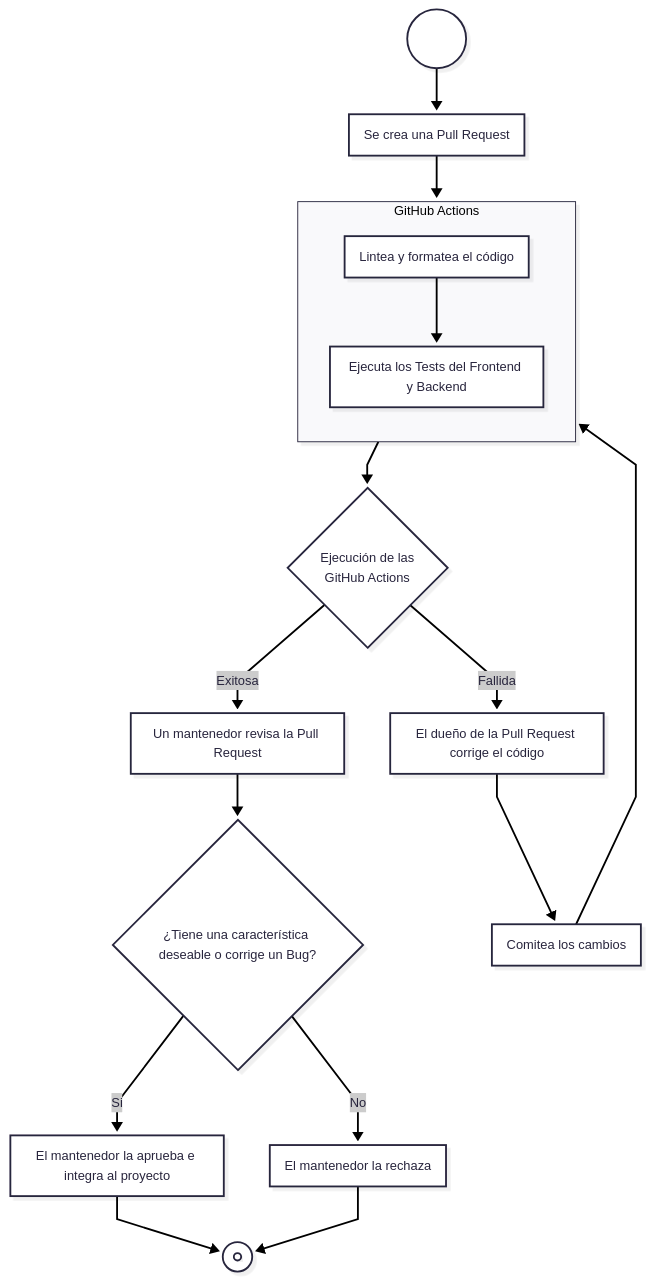
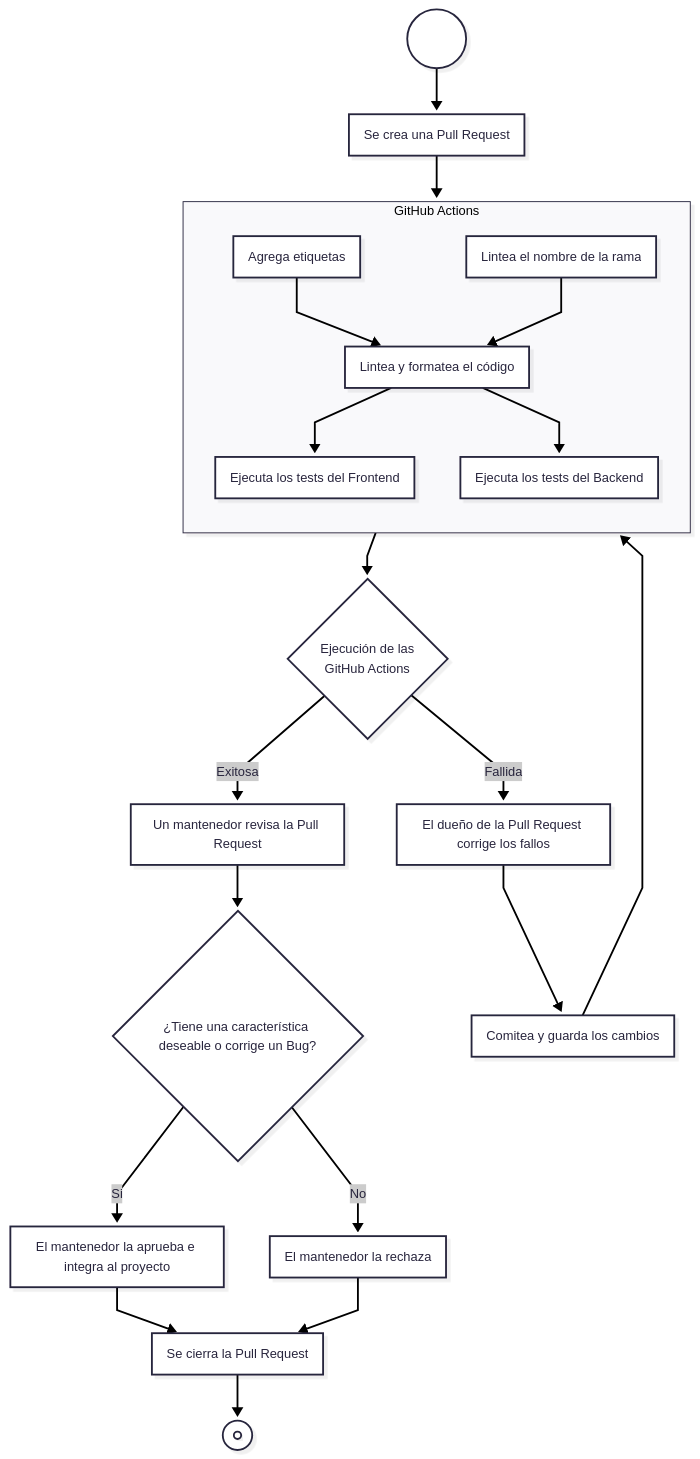
The diagram in CONTRIBUTING.md (hozlucas28/UNLaM-Calendar), drawn with Mermaid before and after one commit.

Commit message:
docs: update process diagram

````diff
--- a/CONTRIBUTING.md
+++ b/CONTRIBUTING.md
@@ -119,43 +119,49 @@
 ```mermaid
 ---
 config:
   look: neo
   theme: redux
   flowchart:
     curve: linear
     inheritDir: true
     htmlLabels: true
 ---
 
 flowchart
 	direction TB
 
 	Start[ ]@{ shape: circle }
 
-	Start --> CreateFork
-	CreateFork["Se crea una Pull Request"] --> RunCI
+	Start --> CreatePR
+	CreatePR["Se crea una Pull Request"] --> RunGHActions
 
-	subgraph RunCI["GitHub Actions"]
-		LintAndFormat["Lintea y formatea el código"] --> Tests
-		Tests["Ejecuta los Tests del Frontend y Backend"]
+	subgraph RunGHActions["GitHub Actions"]
+		AddLabel["Agrega etiquetas"] --> LintAndFormat
+		LintBranchName["Lintea el nombre de la rama"] --> LintAndFormat
+		LintAndFormat["Lintea y formatea el código"] --> RunFrontendTests
+		LintAndFormat["Lintea y formatea el código"] --> RunBackendTests
+		RunFrontendTests["Ejecuta los tests del Frontend"]
+		RunBackendTests["Ejecuta los tests del Backend"]
 	end
 
-	RunCI --> RunCIOutput
+	RunGHActions --> RunGHActionsOutput
 
-	RunCIOutput{"Ejecución de las <br />GitHub Actions"}
-	RunCIOutput -->|Exitosa| MaintainerReview
-	RunCIOutput -->|Fallida| OwnerFixCode
+	RunGHActionsOutput{"Ejecución de las <br />GitHub Actions"}
+	RunGHActionsOutput -->|Exitosa| MaintainerReviewPR
+	RunGHActionsOutput -->|Fallida| OwnerFixPR
 
-	MaintainerReview["Un mantenedor revisa la Pull Request"] --> HasDesirableFeatureOrBugFix
-	OwnerFixCode["El dueño de la Pull Request corrige el código"] --> CommitChanges
-	CommitChanges["Comitea los cambios"] --> RunCI
+	MaintainerReviewPR["Un mantenedor revisa la Pull Request"] --> PRHasDesirableFeatureOrBugFix
+	OwnerFixPR["El dueño de la Pull Request corrige los fallos"] --> CommitAndSaveChanges
+	CommitAndSaveChanges["Comitea y guarda los cambios"] --> RunGHActions
 
-	HasDesirableFeatureOrBugFix{"¿Tiene una característica deseable o corrige un Bug?"}
-	HasDesirableFeatureOrBugFix -->|Si| ApproveAndMerge
-	HasDesirableFeatureOrBugFix -->|No| Reject
+	PRHasDesirableFeatureOrBugFix{"¿Tiene una característica deseable o corrige un Bug?"}
+	PRHasDesirableFeatureOrBugFix -->|Si| ApproveAndMergePR
+	PRHasDesirableFeatureOrBugFix -->|No| RejectPR
 
-	ApproveAndMerge["El mantenedor la aprueba e integra al proyecto"] --> End
-	Reject["El mantenedor la rechaza"] --> End
+	ApproveAndMergePR["El mantenedor la aprueba e integra al proyecto"] --> ClosePR
+	RejectPR["El mantenedor la rechaza"] --> ClosePR
+
+	ClosePR["Se cierra la Pull Request"] --> End
 
 	End[ ]@{ shape: dbl-circ }
 ```
````
